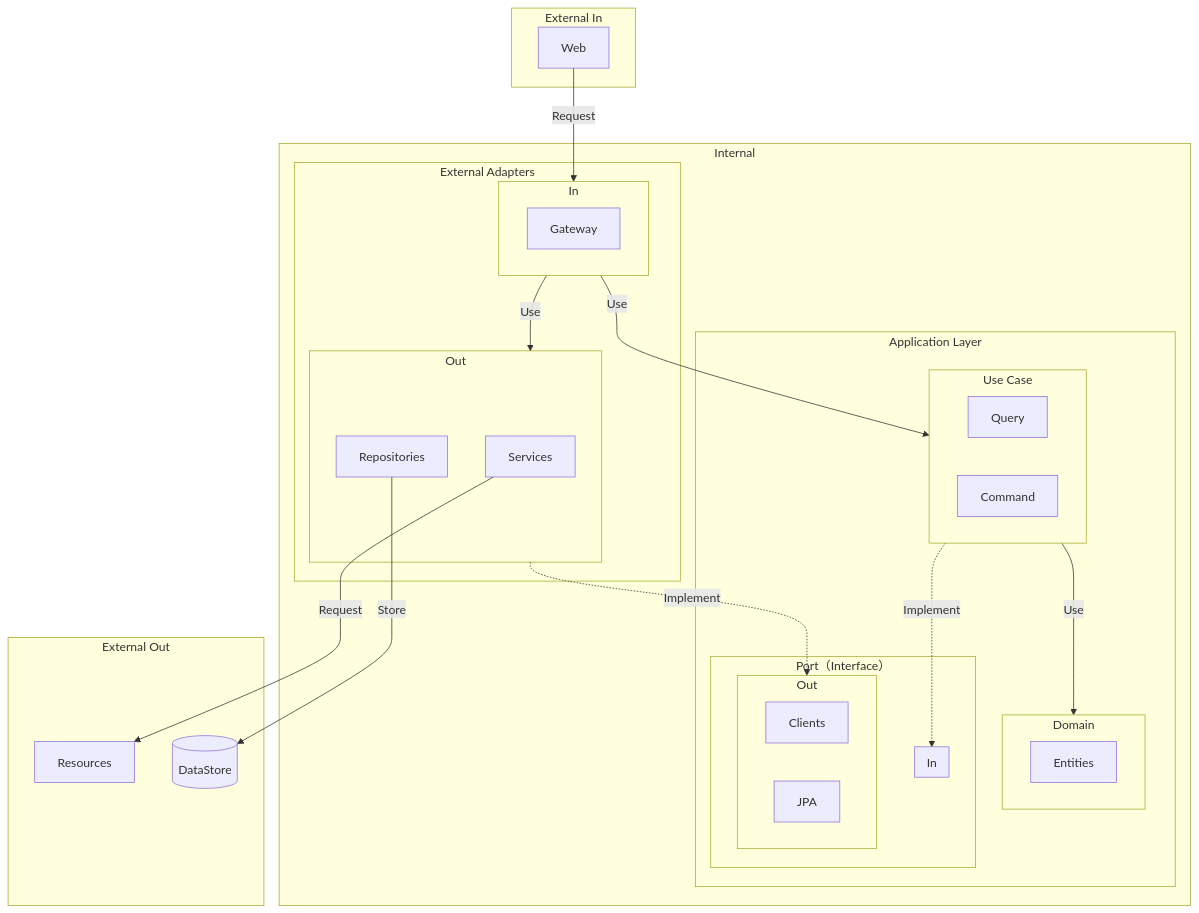
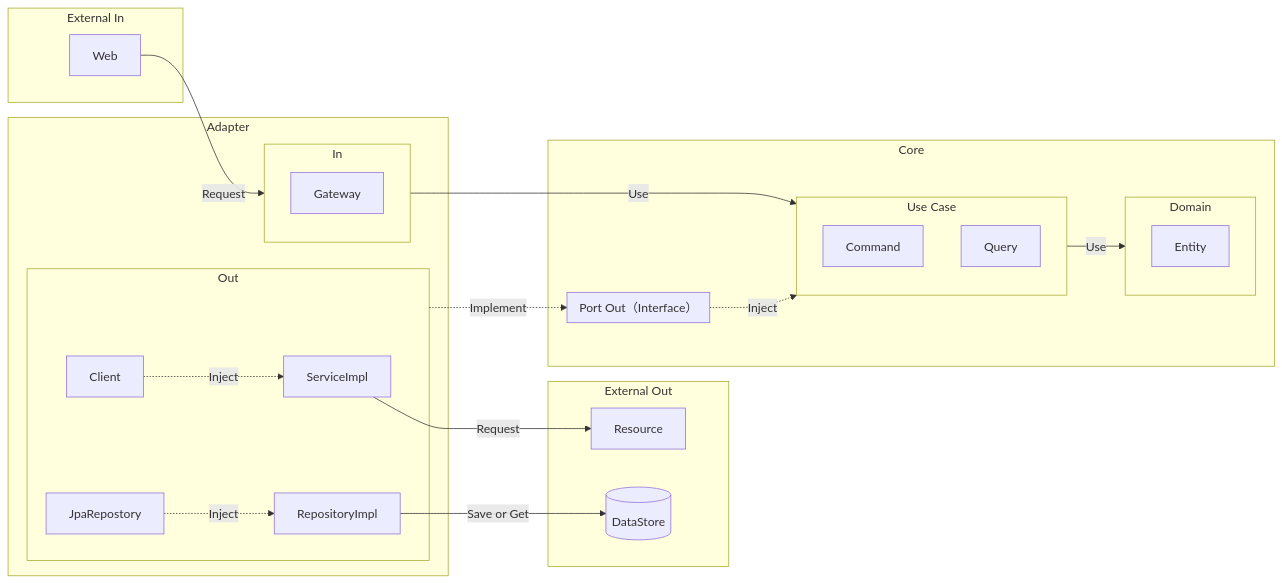
Before and after one commit to axuanhogan/system-architecture-notes: the diagram in README.md, drawn with Mermaid. The commit also changed other lines of this file, not shown here.

````diff
--- a/README.md
+++ b/README.md
@@ -7,51 +7,48 @@
 ```mermaid
-graph TB
-	subgraph Internal
-		subgraph application-layer[Application Layer]
-			subgraph domain[Domain]
-				Entities
-			end
-			subgraph use-case[Use Case]
-				query[Query]
-				command[Command]
-			end
-			subgraph port[Port（Interface）]
-				subgraph application-layer-port-in[In]
-				end
-				subgraph application-layer-port-out[Out]
-					Clients
-					JPA
-				end
-			end
-		end
-		
-		subgraph external-adapters[External Adapters]
-			subgraph external-adapters-in[In]
-				external-adapters-in-Gateway[Gateway]
-			end
-			subgraph external-adapters-out[Out]
-				Services
-				Repositories
-			end
-		end
-	end
+graph LR
 		
 	subgraph External Out
-		resources[Resources]
+		resource[Resource]
 		data-store[(DataStore)]
 	end
 		
 	subgraph External In
 		web[Web]
 	end
 	
+	subgraph adapter[Adapter]
+		subgraph adapter-in[In]
+			adapter-in-Gateway[Gateway]
+		end
+		subgraph adapter-out[Out]
+			adapter-out-service-impl[ServiceImpl]
+			adapter-out-repo-impl[RepositoryImpl]
+			adapter-out-client[Client]
+			adapter-out-jpa-repostory[JpaRepostory]
+		end
+	end
+	
+	subgraph core[Core]
+		subgraph domain[Domain]
+			Entity
+		end
+		subgraph use-case[Use Case]
+			Command
+			Query
+		end
+		subgraph core-port-out[Port Out（Interface）]
+		end
+	end
+	
+	web -- Request --> adapter-in
+	
+	adapter-in -- Use --> use-case
 	use-case -- Use --> domain
-	use-case -. Implement .-> application-layer-port-in
-	external-adapters-in -- Use --> external-adapters-out
-	external-adapters-in -- Use --> use-case
-	external-adapters-out -. Implement .-> application-layer-port-out
+	adapter-out-client -. Inject .-> adapter-out-service-impl
+	adapter-out-jpa-repostory -. Inject .-> adapter-out-repo-impl
+	adapter-out -. Implement .-> core-port-out
+	core-port-out -. Inject .-> use-case
 	
-	web -- Request --> external-adapters-in
-	Repositories -- Store --> data-store
-	Services-- Request --> resources
+	adapter-out-repo-impl -- Save or Get --> data-store
+	adapter-out-service-impl -- Request --> resource
 ```
````
